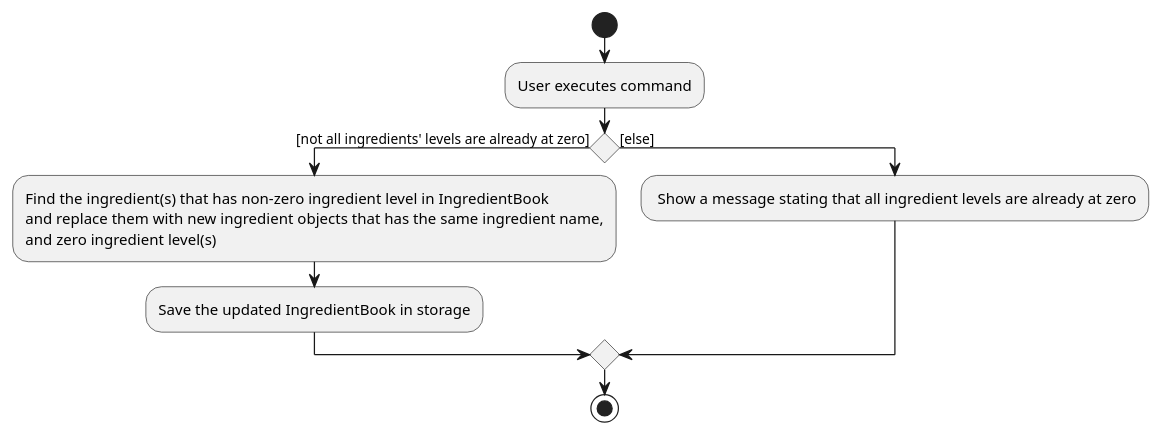
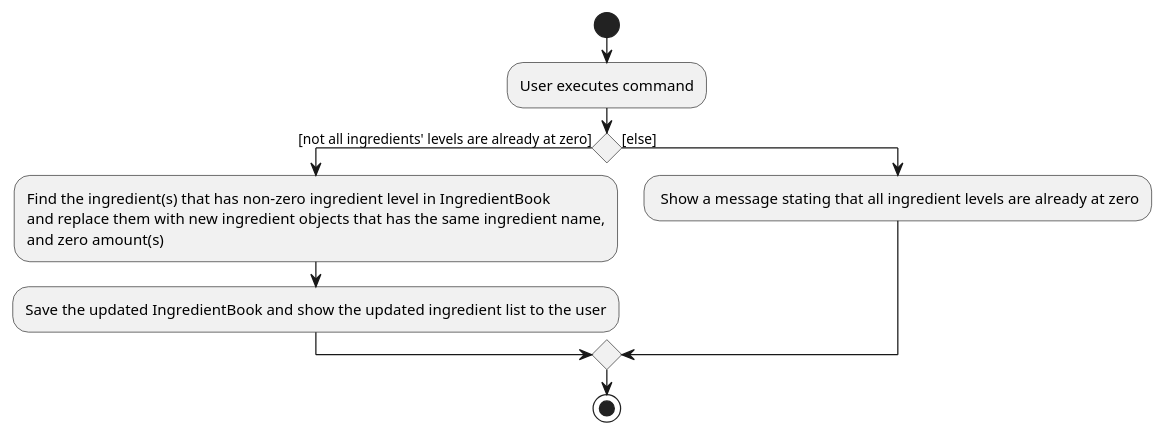
Before and after one commit to nus-cs2103-AY2021S1/tp: the diagram in docs/diagrams/IngredientResetAllActivityDiagram.puml, drawn with PlantUML. The commit also changed 6 other files, not shown here.

```diff
--- a/docs/diagrams/IngredientResetAllActivityDiagram.puml
+++ b/docs/diagrams/IngredientResetAllActivityDiagram.puml
@@ -1,17 +1,17 @@
 @startuml
 start
 :User executes command;
 
 'Since the beta syntax does not support placing the condition outside the
 'diamond we place it as the true branch instead.
 
 if () then ([not all ingredients' levels are already at zero])
     :Find the ingredient(s) that has non-zero ingredient level in IngredientBook
     and replace them with new ingredient objects that has the same ingredient name,
-    and zero ingredient level(s);
-    :Save the updated IngredientBook in storage;
+    and zero amount(s);
+    :Save the updated IngredientBook and show the updated ingredient list to the user;
 else ([else])
     : Show a message stating that all ingredient levels are already at zero;
 endif
 stop
 @enduml
```
